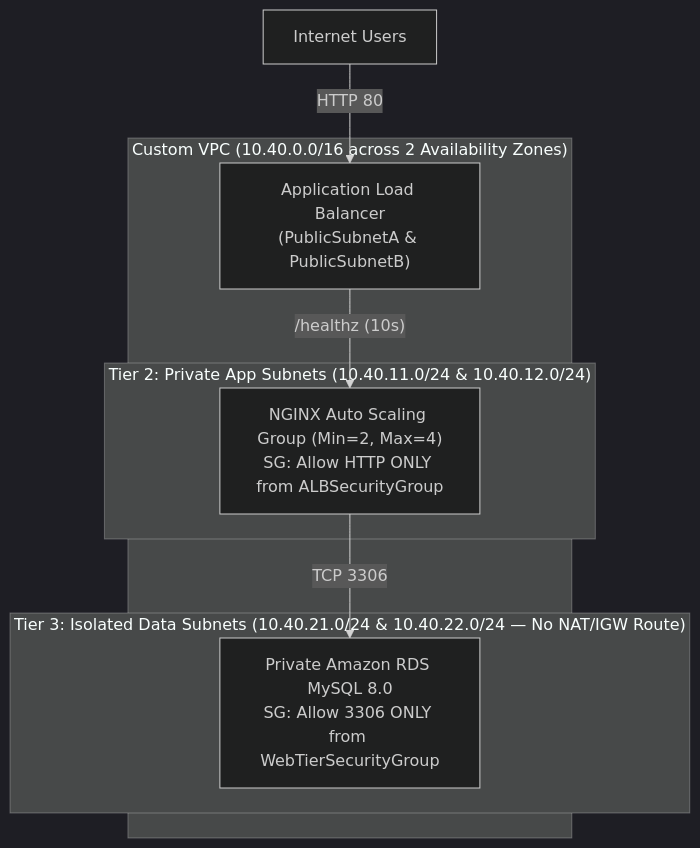
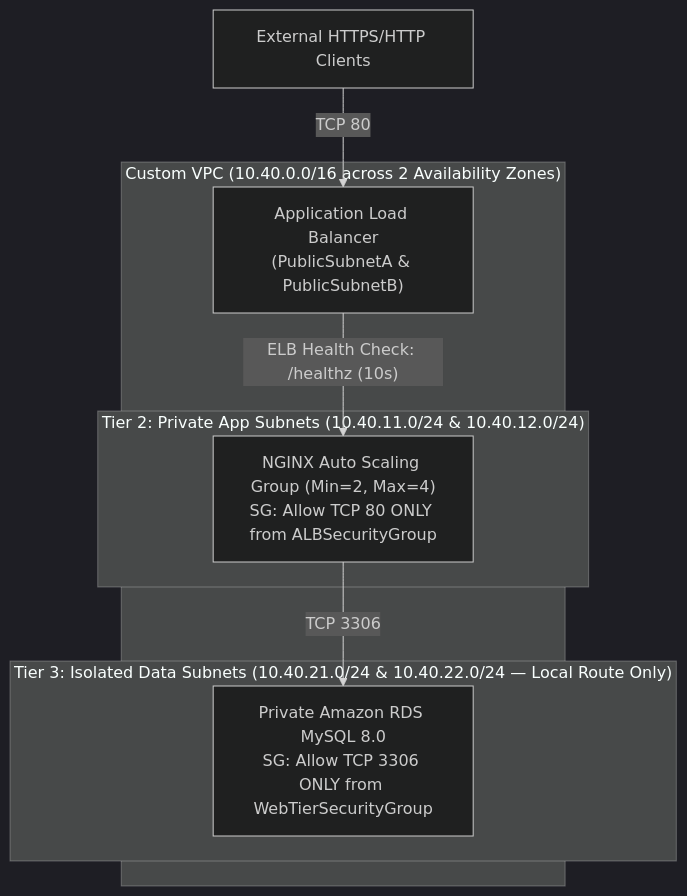
The diagram in 04-aws-saa-three-tier-ha/EXPLAIN-IT-SIMPLY.md (Phlotonic/home-lab-templates-portfolio), drawn with Mermaid (dark theme) before and after one commit. The commit also changed other lines of this file and 9 other files, not shown here.

Commit message:
docs(architecture): polish repository to enterprise production standard

````diff
--- a/04-aws-saa-three-tier-ha/EXPLAIN-IT-SIMPLY.md
+++ b/04-aws-saa-three-tier-ha/EXPLAIN-IT-SIMPLY.md
@@ -10,17 +12,17 @@
 ```mermaid
 flowchart TB
-    Internet["Internet Users"] -- "HTTP 80" --> ALB["Application Load Balancer<br/>(PublicSubnetA & PublicSubnetB)"]
+    Internet["External HTTPS/HTTP Clients"] -- "TCP 80" --> ALB["Application Load Balancer<br/>(PublicSubnetA & PublicSubnetB)"]
 
     subgraph VPC["Custom VPC (10.40.0.0/16 across 2 Availability Zones)"]
         ALB
         subgraph Tier2["Tier 2: Private App Subnets (10.40.11.0/24 & 10.40.12.0/24)"]
-            ASG["NGINX Auto Scaling Group (Min=2, Max=4)<br/>SG: Allow HTTP ONLY from ALBSecurityGroup"]
+            ASG["NGINX Auto Scaling Group (Min=2, Max=4)<br/>SG: Allow TCP 80 ONLY from ALBSecurityGroup"]
         end
-        subgraph Tier3["Tier 3: Isolated Data Subnets (10.40.21.0/24 & 10.40.22.0/24 — No NAT/IGW Route)"]
-            RDS["Private Amazon RDS MySQL 8.0<br/>SG: Allow 3306 ONLY from WebTierSecurityGroup"]
+        subgraph Tier3["Tier 3: Isolated Data Subnets (10.40.21.0/24 & 10.40.22.0/24 — Local Route Only)"]
+            RDS["Private Amazon RDS MySQL 8.0<br/>SG: Allow TCP 3306 ONLY from WebTierSecurityGroup"]
         end
     end
 
-    ALB -- "/healthz (10s)" --> ASG
+    ALB -- "ELB Health Check: /healthz (10s)" --> ASG
     ASG -- "TCP 3306" --> RDS
 ```
````
